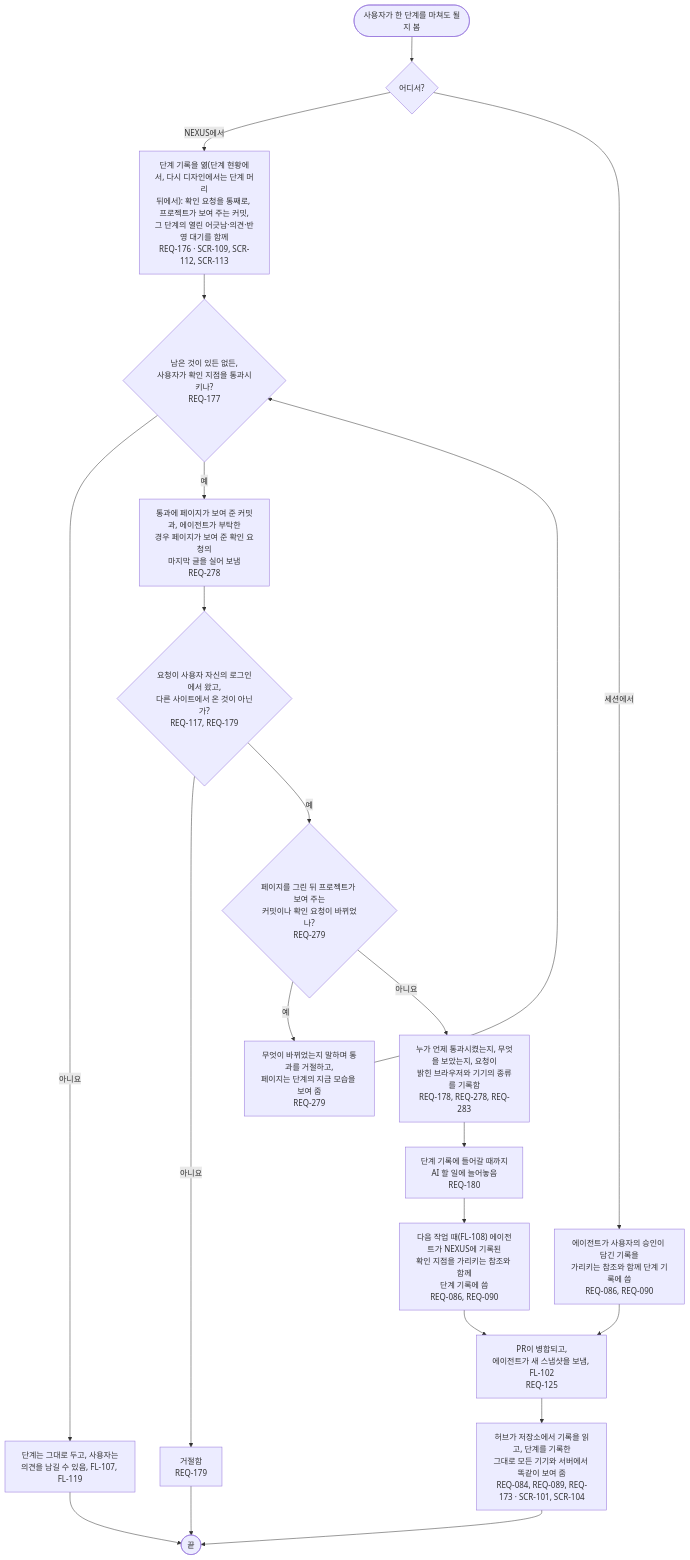
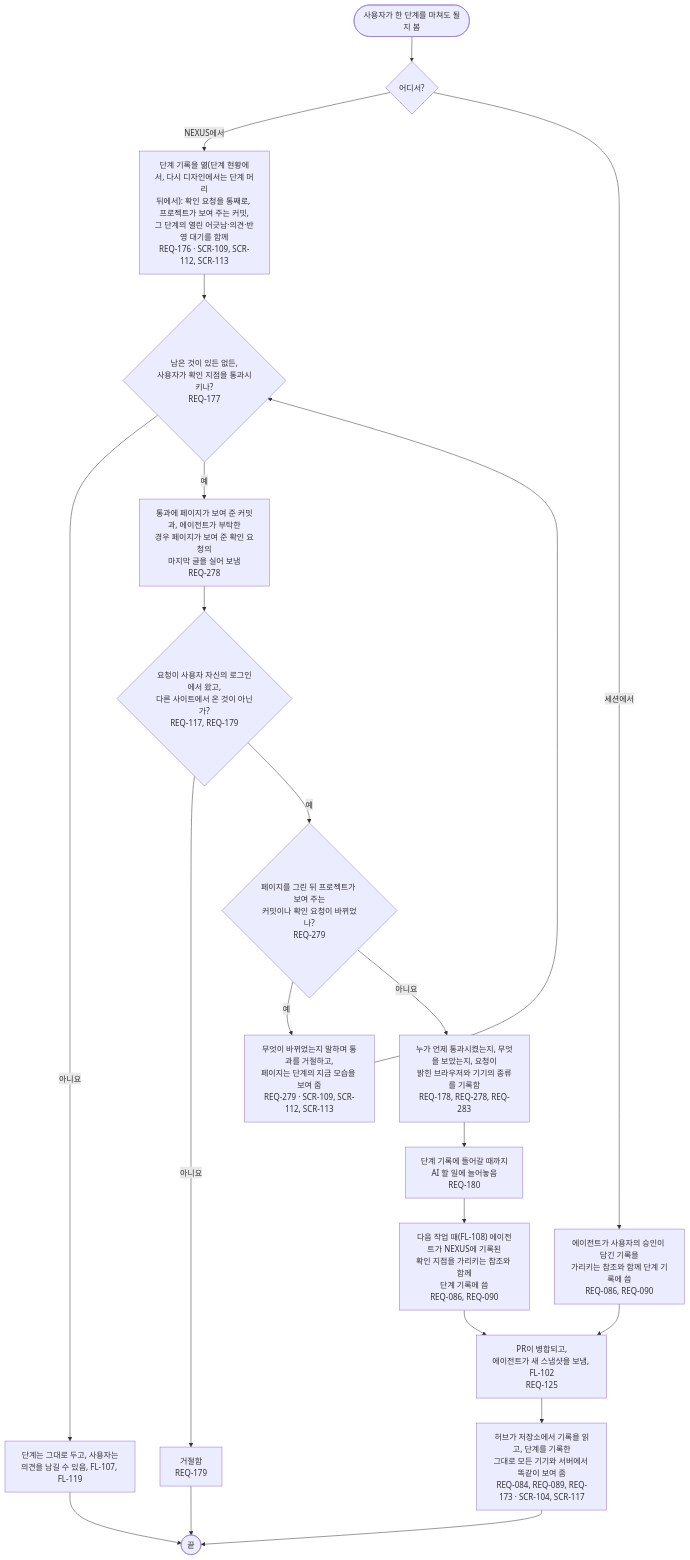
The diagram in docs/03-user-flow/nexus/FL-113-pass-a-checkpoint.ko.md (kodonghui/corthex-nexus), drawn with Mermaid before and after one commit. The commit also changed 22 other files, not shown here.

````diff
--- a/docs/03-user-flow/nexus/FL-113-pass-a-checkpoint.ko.md
+++ b/docs/03-user-flow/nexus/FL-113-pass-a-checkpoint.ko.md
@@ -9,23 +9,23 @@
 ```mermaid
 flowchart TD
   A(["사용자가 한 단계를 마쳐도 될지 봄"]) --> B{"어디서?"}
   B -->|NEXUS에서| C["단계 기록을 엶(단계 현황에서, 다시 디자인에서는 단계 머리<br/>뒤에서): 확인 요청을 통째로, 프로젝트가 보여 주는 커밋,<br/>그 단계의 열린 어긋남·의견·반영 대기를 함께<br/>REQ-176 · SCR-109, SCR-112, SCR-113"]
   C --> D{"남은 것이 있든 없든,<br/>사용자가 확인 지점을 통과시키나?<br/>REQ-177"}
   D -->|아니요| D1["단계는 그대로 두고, 사용자는<br/>의견을 남길 수 있음, FL-107, FL-119"]
   D1 --> Z(["끝"])
   D -->|예| D2["통과에 페이지가 보여 준 커밋과, 에이전트가 부탁한<br/>경우 페이지가 보여 준 확인 요청의<br/>마지막 글을 실어 보냄<br/>REQ-278"]
   D2 --> E{"요청이 사용자 자신의 로그인에서 왔고,<br/>다른 사이트에서 온 것이 아닌가?<br/>REQ-117, REQ-179"}
   E -->|아니요| E1["거절함<br/>REQ-179"]
   E1 --> Z
   E -->|예| E2{"페이지를 그린 뒤 프로젝트가 보여 주는<br/>커밋이나 확인 요청이 바뀌었나?<br/>REQ-279"}
-  E2 -->|예| E3["무엇이 바뀌었는지 말하며 통과를 거절하고,<br/>페이지는 단계의 지금 모습을 보여 줌<br/>REQ-279"]
+  E2 -->|예| E3["무엇이 바뀌었는지 말하며 통과를 거절하고,<br/>페이지는 단계의 지금 모습을 보여 줌<br/>REQ-279 · SCR-109, SCR-112, SCR-113"]
   E3 --> D
   E2 -->|아니요| F["누가 언제 통과시켰는지, 무엇을 보았는지, 요청이<br/>밝힌 브라우저와 기기의 종류를 기록함<br/>REQ-178, REQ-278, REQ-283"]
   F --> G["단계 기록에 들어갈 때까지<br/>AI 할 일에 늘어놓음<br/>REQ-180"]
   G --> H["다음 작업 때(FL-108) 에이전트가 NEXUS에 기록된<br/>확인 지점을 가리키는 참조와 함께<br/>단계 기록에 씀<br/>REQ-086, REQ-090"]
   B -->|세션에서| I["에이전트가 사용자의 승인이 담긴 기록을<br/>가리키는 참조와 함께 단계 기록에 씀<br/>REQ-086, REQ-090"]
   H --> J["PR이 병합되고,<br/>에이전트가 새 스냅샷을 보냄, FL-102<br/>REQ-125"]
   I --> J
-  J --> K["허브가 저장소에서 기록을 읽고, 단계를 기록한<br/>그대로 모든 기기와 서버에서 똑같이 보여 줌<br/>REQ-084, REQ-089, REQ-173 · SCR-101, SCR-104"]
+  J --> K["허브가 저장소에서 기록을 읽고, 단계를 기록한<br/>그대로 모든 기기와 서버에서 똑같이 보여 줌<br/>REQ-084, REQ-089, REQ-173 · SCR-104, SCR-117"]
   K --> Z
 ```
````
